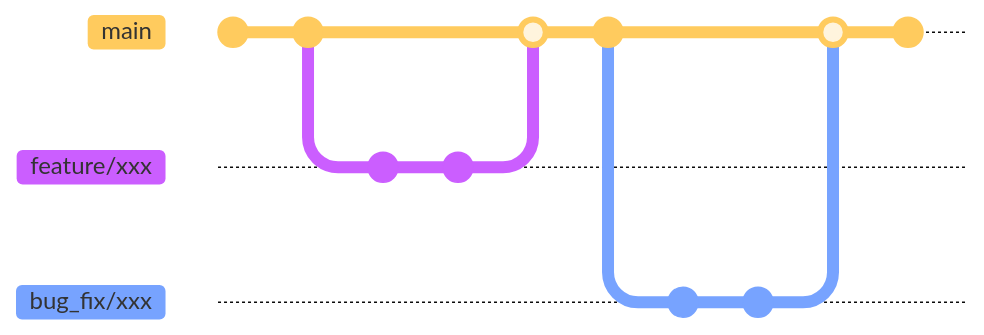
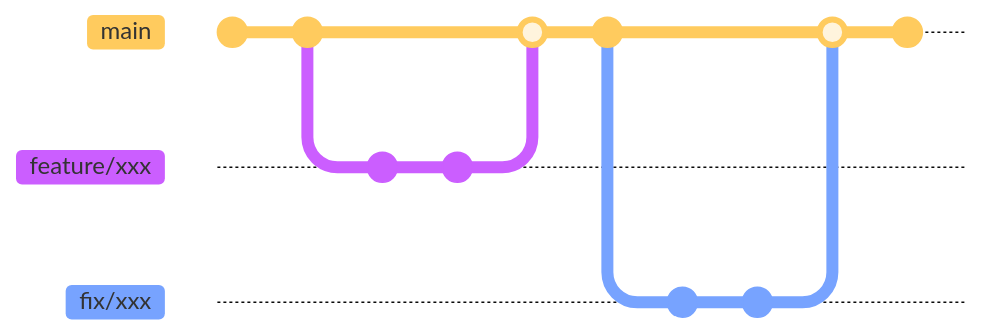
The second of 2 diagrams in README.md (bingyangchen/taigu), drawn with Mermaid before and after one commit. The commit also changed other lines of this file, not shown here. Commit ids are hidden.

````diff
--- a/README.md
+++ b/README.md
@@ -33,20 +35,20 @@
 ```mermaid
 %%{init: { 'theme': 'base', 'gitGraph': {'showCommitLabel': false}} }%%
 gitGraph
    commit
    commit
    branch feature/xxx
    switch feature/xxx
    commit
    commit
    switch main
    merge feature/xxx
    commit
-   branch bug_fix/xxx
-   switch bug_fix/xxx
+   branch fix/xxx
+   switch fix/xxx
    commit
    commit
    switch main
-   merge bug_fix/xxx
+   merge fix/xxx
    commit
 ```
````
